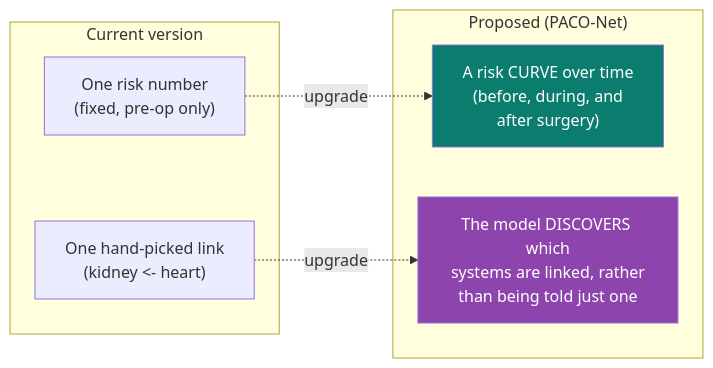
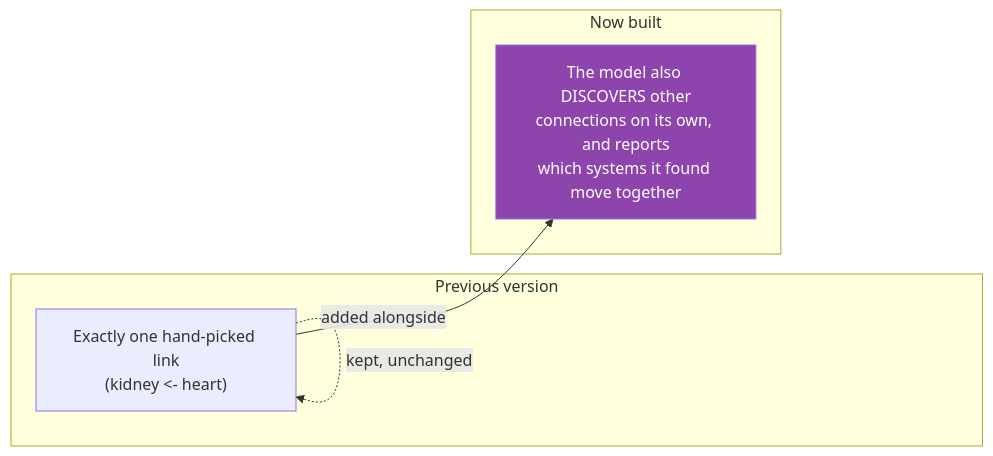
The second of 2 diagrams in docs/current/Surgeon_Facing_Summary.md (thrisharajkumar/inspire-analysis-thrisha), drawn with Mermaid before and after one commit. The commit also changed other lines of this file and 59 other files, not shown here.

````diff
--- a/docs/current/Surgeon_Facing_Summary.md
+++ b/docs/current/Surgeon_Facing_Summary.md
@@ -119,15 +122,12 @@
 ```mermaid
 flowchart LR
-    subgraph Now["Current version"]
-        A1["One risk number\n(fixed, pre-op only)"]
-        A2["One hand-picked link\n(kidney <- heart)"]
+    subgraph Before["Previous version"]
+        A2["Exactly one hand-picked link\n(kidney <- heart)"]
     end
-    subgraph Next["Proposed (PACO-Net)"]
-        B1["A risk CURVE over time\n(before, during, and\nafter surgery)"]
-        B2["The model DISCOVERS which\nsystems are linked, rather\nthan being told just one"]
+    subgraph Now2["Now built"]
+        B2["The model also DISCOVERS other\nconnections on its own, and reports\nwhich systems it found move together"]
     end
-    A1 -.->|"upgrade"| B1
-    A2 -.->|"upgrade"| B2
-    style B1 fill:#0a7d6e,color:#fff
+    A2 -.->|"kept, unchanged"| A2
+    A2 -->|"added alongside"| B2
     style B2 fill:#8e44ad,color:#fff
 ```
````
